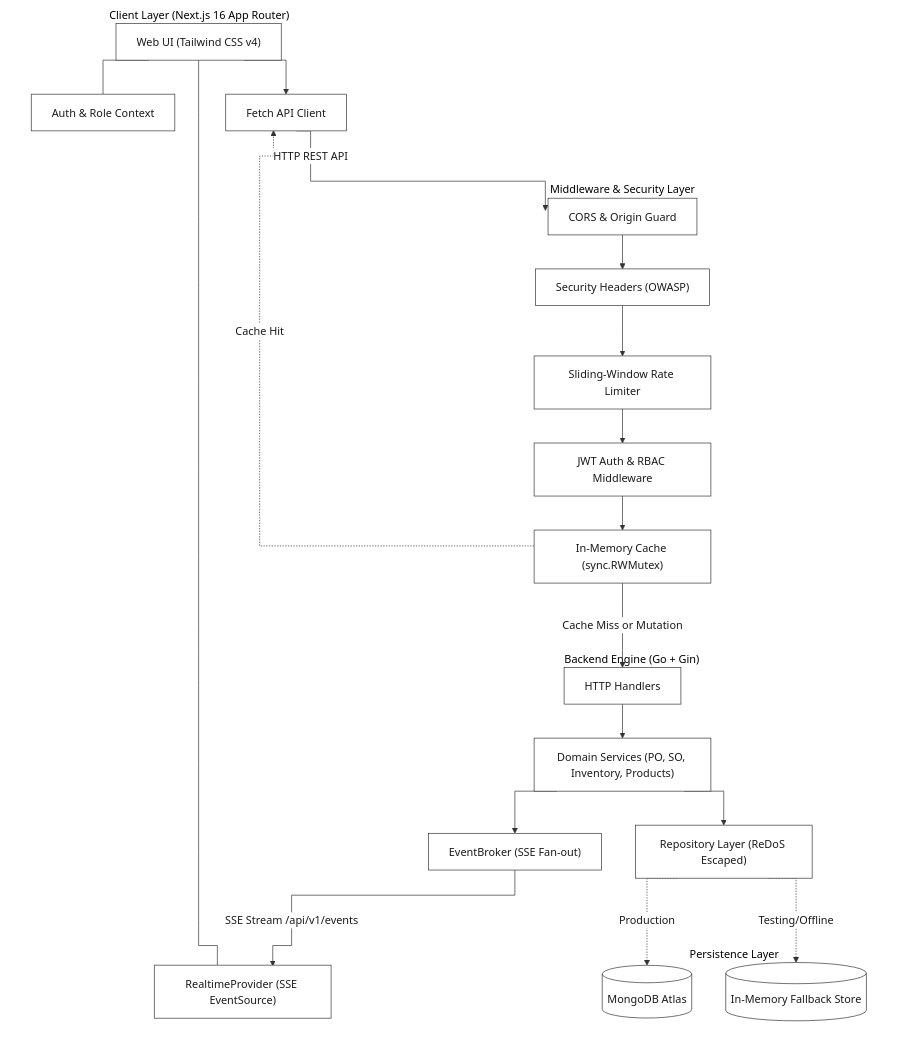
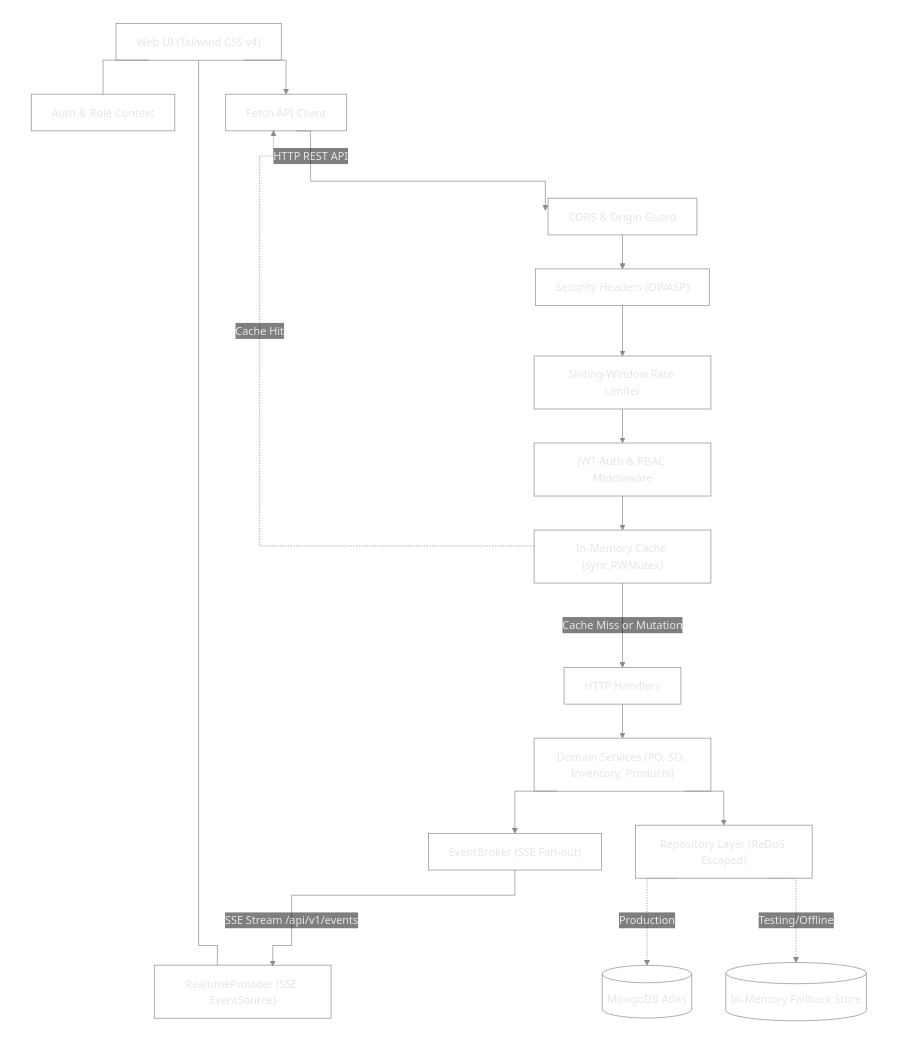
The first of 3 diagrams in README.md (RPriago/stockFlow), drawn with Mermaid before and after one commit. The commit also changed other lines of this file, not shown here.

Commit message:
Update Mermaid chart themes in README.md

````diff
--- a/README.md
+++ b/README.md
@@ -61,52 +61,52 @@
 ```mermaid
-%%{init: {"theme": "base", "themeVariables": {"primaryColor": "#ffffff", "primaryBorderColor": "#333333", "primaryTextColor": "#1a1a1a", "lineColor": "#333333", "secondaryColor": "#ffffff", "tertiaryColor": "#ffffff", "clusterBkg": "transparent", "clusterBorder": "#666666"}, "flowchart": {"curve": "stepAfter"}}}%%
+%%{init: {"theme": "base", "themeVariables": {"primaryColor": "transparent", "primaryBorderColor": "#8a8a8a", "primaryTextColor": "#e6e6e6", "lineColor": "#8a8a8a", "secondaryColor": "transparent", "tertiaryColor": "transparent", "clusterBkg": "transparent", "clusterBorder": "none"}, "flowchart": {"curve": "stepAfter"}}}%%
 flowchart TD
     subgraph ClientLayer ["Client Layer (Next.js 16 App Router)"]
         UI["Web UI (Tailwind CSS v4)"]
         RTContext["RealtimeProvider (SSE EventSource)"]
         AuthContext["Auth & Role Context"]
         ApiClient["Fetch API Client"]
         UI --- RTContext
         UI --- AuthContext
         UI --> ApiClient
     end
 
     subgraph GatewayLayer ["Middleware & Security Layer"]
         CORS["CORS & Origin Guard"]
         SecHeaders["Security Headers (OWASP)"]
         RateLimit["Sliding-Window Rate Limiter"]
         AuthGuard["JWT Auth & RBAC Middleware"]
         CacheMW["In-Memory Cache (sync.RWMutex)"]
         CORS --> SecHeaders
         SecHeaders --> RateLimit
         RateLimit --> AuthGuard
         AuthGuard --> CacheMW
     end
 
     subgraph BackendCore ["Backend Engine (Go + Gin)"]
         Handlers["HTTP Handlers"]
         Broker["EventBroker (SSE Fan-out)"]
         Services["Domain Services (PO, SO, Inventory, Products)"]
         Repos["Repository Layer (ReDoS Escaped)"]
         Handlers --> Services
         Services --> Repos
         Services --> Broker
     end
 
     subgraph StorageLayer ["Persistence Layer"]
         MongoDB[("MongoDB Atlas")]
         MemStore[("In-Memory Fallback Store")]
         Repos -. Production .-> MongoDB
         Repos -. Testing/Offline .-> MemStore
     end
 
     ApiClient -->|"HTTP REST API"| CORS
     Broker -->|"SSE Stream /api/v1/events"| RTContext
     CacheMW -->|"Cache Miss or Mutation"| Handlers
     CacheMW -.->|"Cache Hit"| ApiClient
 
     style ClientLayer fill:none,stroke:none
     style GatewayLayer fill:none,stroke:none
     style BackendCore fill:none,stroke:none
     style StorageLayer fill:none,stroke:none
 ```
````
